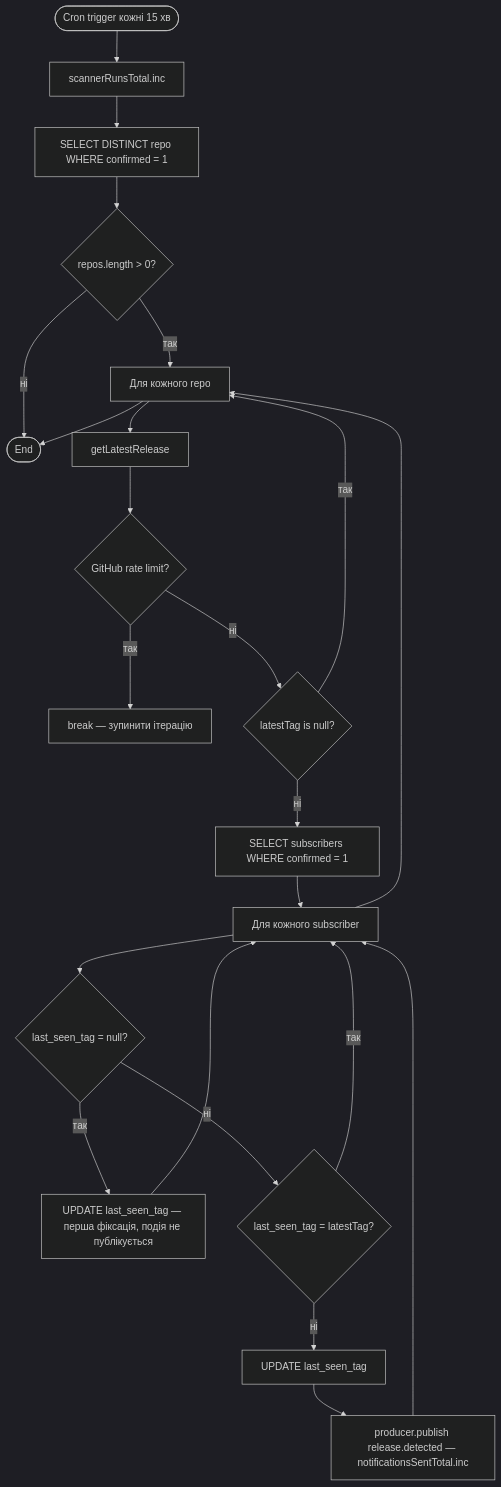
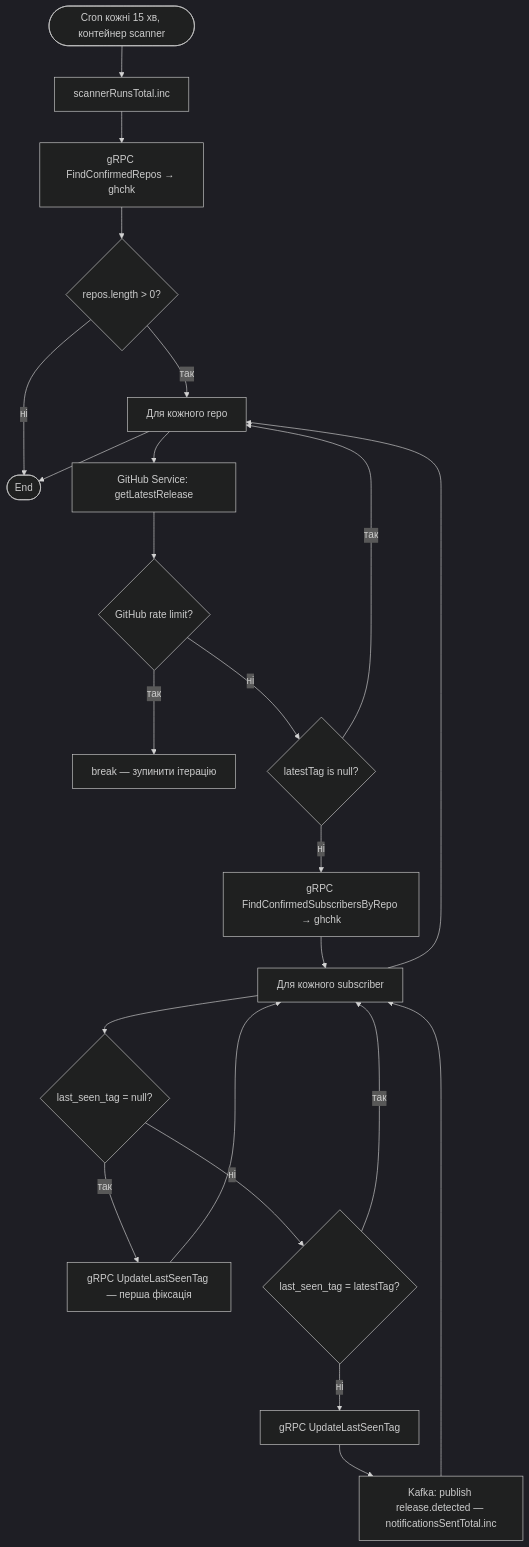
Before and after one commit to GenesisEducationKyiv/software-engineering-school-6-0-Official-Echo: the fifth of 10 diagrams in docs/SYSTEM_DESIGN.md, drawn with Mermaid (dark theme). The commit also changed other lines of this file, not shown here.

````diff
--- a/docs/SYSTEM_DESIGN.md
+++ b/docs/SYSTEM_DESIGN.md
@@ -194,25 +222,25 @@
 ```mermaid
 flowchart TD
-    A([Cron trigger кожні 15 хв]) --> B[scannerRunsTotal.inc]
-    B --> C[SELECT DISTINCT repo WHERE confirmed = 1]
+    A([Cron кожні 15 хв, контейнер scanner]) --> B[scannerRunsTotal.inc]
+    B --> C[gRPC FindConfirmedRepos → ghchk]
     C --> D{repos.length > 0?}
     D -- ні --> Z([End])
     D -- так --> E[Для кожного repo]
-    E --> F[getLatestRelease]
+    E --> F[GitHub Service: getLatestRelease]
     F --> G{GitHub rate limit?}
     G -- так --> H[break — зупинити ітерацію]
     G -- ні --> I{latestTag is null?}
     I -- так --> E
-    I -- ні --> J[SELECT subscribers WHERE confirmed = 1]
+    I -- ні --> J[gRPC FindConfirmedSubscribersByRepo → ghchk]
     J --> K[Для кожного subscriber]
     K --> L{last_seen_tag = null?}
-    L -- так --> M[UPDATE last_seen_tag — перша фіксація, подія не публікується]
+    L -- так --> M[gRPC UpdateLastSeenTag — перша фіксація]
     M --> K
     L -- ні --> N{last_seen_tag = latestTag?}
     N -- так --> K
-    N -- ні --> O[UPDATE last_seen_tag]
-    O --> P[producer.publish release.detected — notificationsSentTotal.inc]
+    N -- ні --> O[gRPC UpdateLastSeenTag]
+    O --> P[Kafka: publish release.detected — notificationsSentTotal.inc]
     P --> K
     K --> E
     E --> Z
 ```
````
